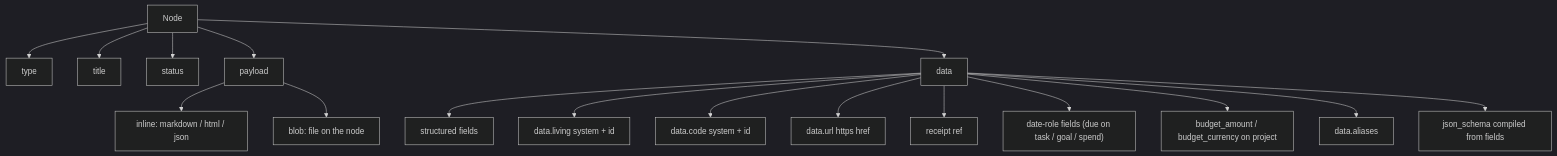
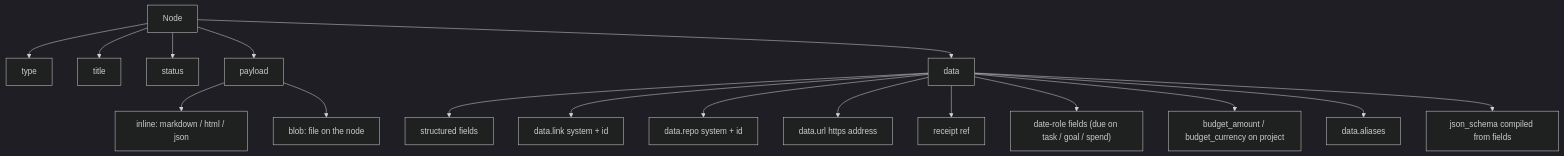
One commit to dgraziosi/foundation changed the third of 11 diagrams in docs/ARCHITECTURE.md. Above: the diagram before and after it, drawn with Mermaid (dark theme). The commit also changed other lines of this file and 6 other files, not shown here.

First line of the commit message:
Present-tense url / repo / link copy

````diff
--- a/docs/ARCHITECTURE.md
+++ b/docs/ARCHITECTURE.md
@@ -64,22 +64,22 @@
 ```mermaid
 flowchart TB
   node_box["Node"]
   node_box --> node_type["type"]
   node_box --> node_title["title"]
   node_box --> node_status["status"]
   node_box --> node_payload["payload"]
   node_box --> node_data["data"]
 
   node_payload --> inline["inline: markdown / html / json"]
   node_payload --> blob_on_node["blob: file on the node"]
 
   node_data --> structured["structured fields"]
-  node_data --> living["data.living system + id"]
-  node_data --> code["data.code system + id"]
-  node_data --> url["data.url https href"]
+  node_data --> link["data.link system + id"]
+  node_data --> repo["data.repo system + id"]
+  node_data --> url["data.url https address"]
   node_data --> receipt["receipt ref"]
   node_data --> due["date-role fields (due on task / goal / spend)"]
   node_data --> budget["budget_amount / budget_currency on project"]
   node_data --> aliases["data.aliases"]
   node_data --> schema["json_schema compiled from fields"]
 ```
````
